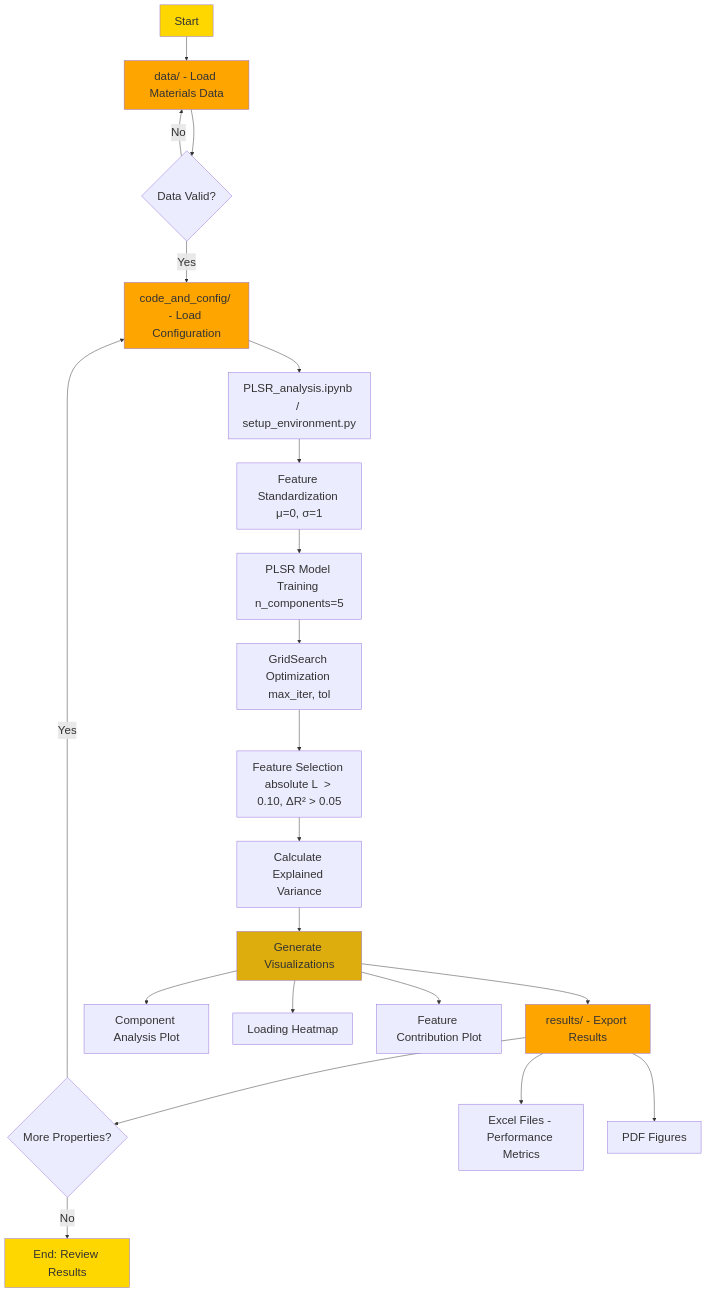
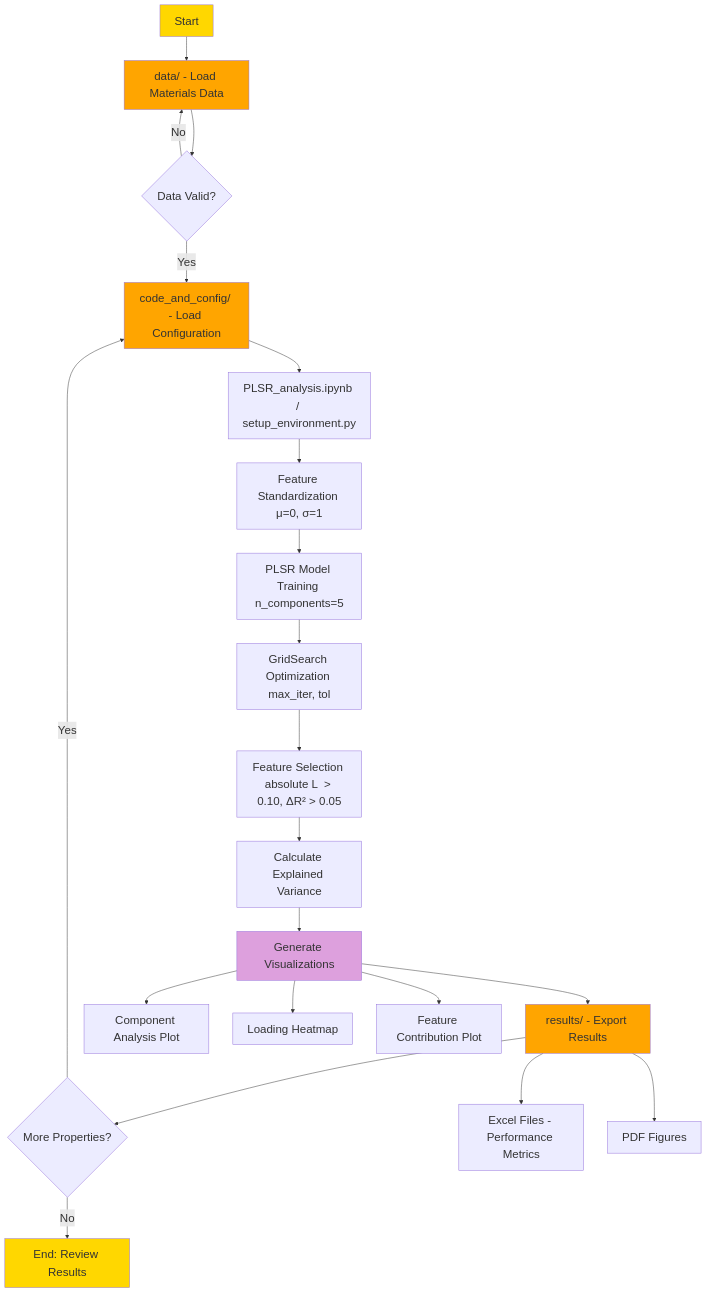
The diagram in plsr_feature_selection/README.md (Shaswat-qm-researcher/Physics-Informed-Symbolic-Regression-for-Phonon-Related-Property-Prediction-and-Materials-Discovery), drawn with Mermaid before and after one commit.

````diff
--- a/plsr_feature_selection/README.md
+++ b/plsr_feature_selection/README.md
@@ -24,46 +24,46 @@
 ```mermaid
 flowchart TD
     A[Start] --> B[data/ - Load Materials Data]
     B --> C{Data Valid?}
     C -->|No| B
     C -->|Yes| D[code_and_config/ - Load Configuration]
     D --> E[PLSR_analysis.ipynb / setup_environment.py]
     E --> F[Feature Standardization μ=0, σ=1]
     F --> G[PLSR Model Training n_components=5]
     G --> H[GridSearch Optimization max_iter, tol]
     H --> I[Feature Selection absolute L  > 0.10, ΔR² > 0.05]
     I --> J[Calculate Explained Variance]
     J --> K[Generate Visualizations]
     K --> L[results/ - Export Results]
     L --> M{More Properties?}
     M -->|Yes| D
     M -->|No| N[End: Review Results]
     
     K --> K1[Component Analysis Plot]
     K --> K2[Loading Heatmap]
     K --> K3[Feature Contribution Plot]
     
     L --> L1[Excel Files - Performance Metrics]
     L --> L2[PDF Figures]
 
 style A fill:#FFD700, font-size:24px, font-family:Arial
 style B fill:#FFA500, font-size:24px, font-family:Arial
 style C font-size:24px, font-family:Arial
 style D fill:#FFA500, font-size:24px, font-family:Arial
 style E font-size:24px, font-family:Arial
 style F font-size:24px, font-family:Arial
 style G font-size:24px, font-family:Arial
 style H font-size:24px, font-family:Arial
 style I font-size:24px, font-family:Arial
 style J font-size:24px, font-family:Arial
-style K fill:#DDAD0D, font-size:24px, font-family:Arial
+style K fill:#DDA0DD, font-size:24px, font-family:Arial
 style K1 font-size:24px, font-family:Arial
 style K2 font-size:24px, font-family:Arial
 style K3 font-size:24px, font-family:Arial
 style L fill:#FFA500, font-size:24px, font-family:Arial
 style L1 font-size:24px, font-family:Arial
 style L2 font-size:24px, font-family:Arial
 style M font-size:24px, font-family:Arial
 style N fill:#FFD700, font-size:24px, font-family:Arial
 linkStyle 0,1,2,3,4,5,6,7,8,9,10,11,12,13,14,15 font-size:24px, font-family:Arial
 ```
````
